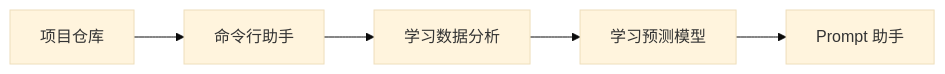
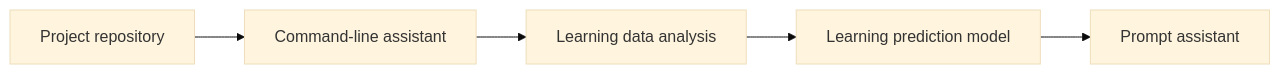
One commit to oudbiao/AI-fullstack-course changed the second of 3 diagrams in docs/intro/ai-learning-assistant-project.md. Above: the diagram before and after it, drawn with Mermaid (base theme). The commit also changed other lines of this file and 1406 other files, not shown here.

````diff
--- a/docs/intro/ai-learning-assistant-project.md
+++ b/docs/intro/ai-learning-assistant-project.md
@@ -41,7 +41,7 @@
 ```mermaid
 flowchart LR
-  A[项目仓库] --> B[命令行助手]
-  B --> C[学习数据分析]
-  C --> D[学习预测模型]
-  D --> E[Prompt 助手]
+  A[Project repository] --> B[Command-line assistant]
+  B --> C[Learning data analysis]
+  C --> D[Learning prediction model]
+  D --> E[Prompt assistant]
 ```
````
